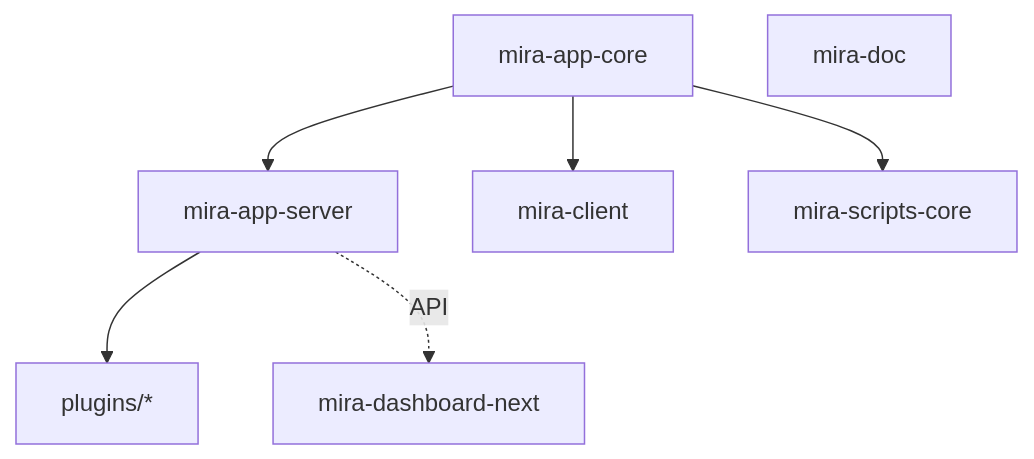
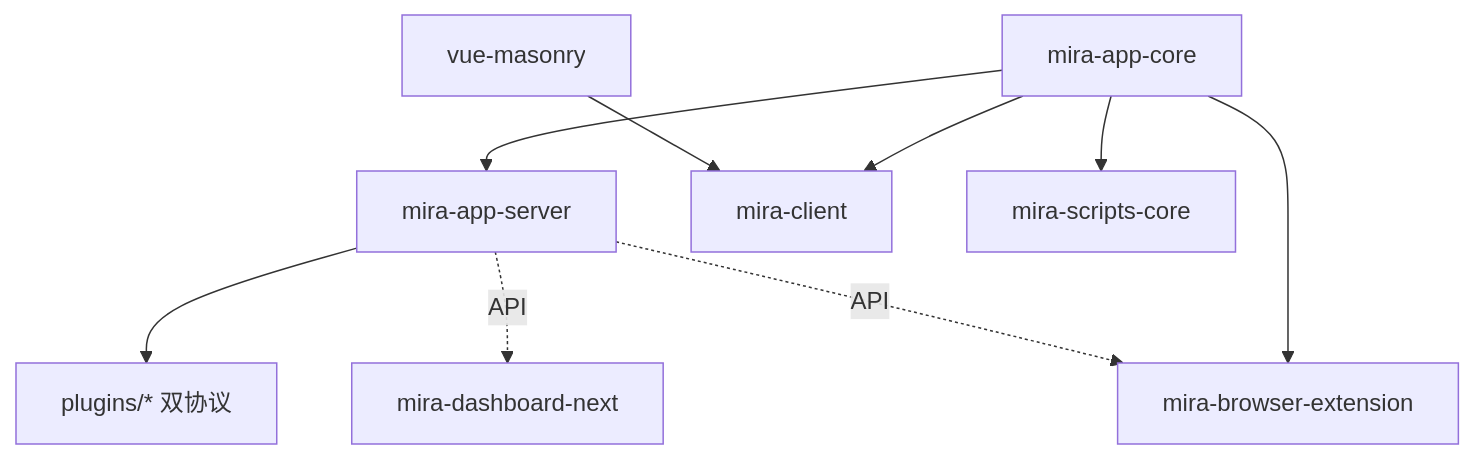
Before and after one commit to hunmer/mira: the diagram in claude/module-index.md, drawn with Mermaid. The commit also changed other lines of this file and 30 other files, not shown here.

````diff
--- a/claude/module-index.md
+++ b/claude/module-index.md
@@ -83,15 +131,20 @@
 ```mermaid
 graph TD
   core[mira-app-core]
   server[mira-app-server]
   client[mira-client]
   dash[mira-dashboard-next]
+  ext[mira-browser-extension]
   scripts[mira-scripts-core]
-  doc[mira-doc]
-  plugins[plugins/*]
+  vmason[vue-masonry]
+  plugins[plugins/* 双协议]
+
   core --> server
   core --> client
   core --> scripts
+  core --> ext
+  vmason --> client
   server --> plugins
   server -.API.-> dash
+  server -.API.-> ext
 ```
````
